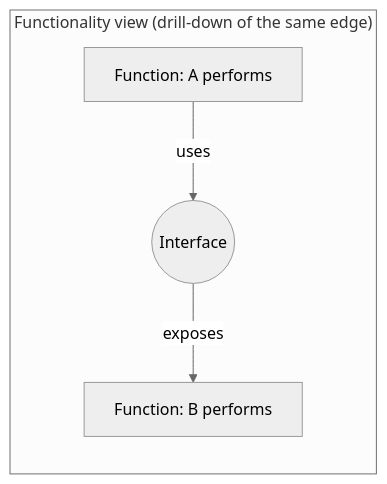
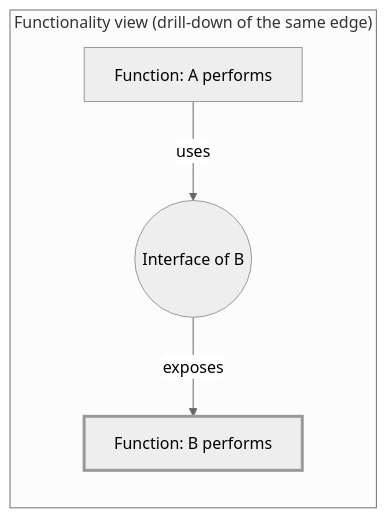
One commit to mykhailo-kulish/contour changed the fourth of 7 diagrams in contour.md. Above: the diagram before and after it, drawn with Mermaid (neutral theme). The commit also changed other lines of this file and 20 other files, not shown here.

````diff
--- a/contour.md
+++ b/contour.md
@@ -309,7 +354,8 @@
 ```mermaid
 graph LR
     subgraph "Functionality view (drill-down of the same edge)"
-        FA[Function: A performs] -->|uses| IB(("Interface"))
-        IB -->|exposes| FB[Function: B performs]
+        FA[Function: A performs] -->|uses| IB(("Interface of B"))
+        IB -->|exposes| FB[Function: B performs]:::ext
     end
+    classDef ext stroke-width:3px
 ```
````
